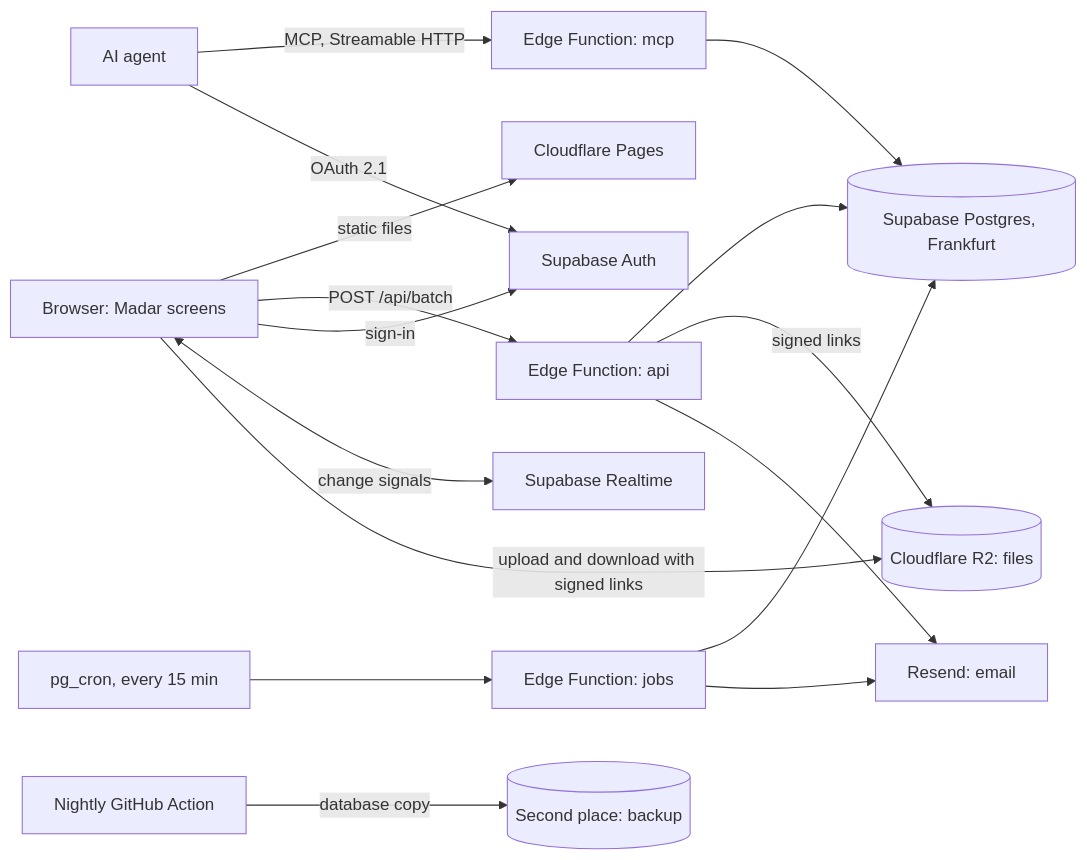
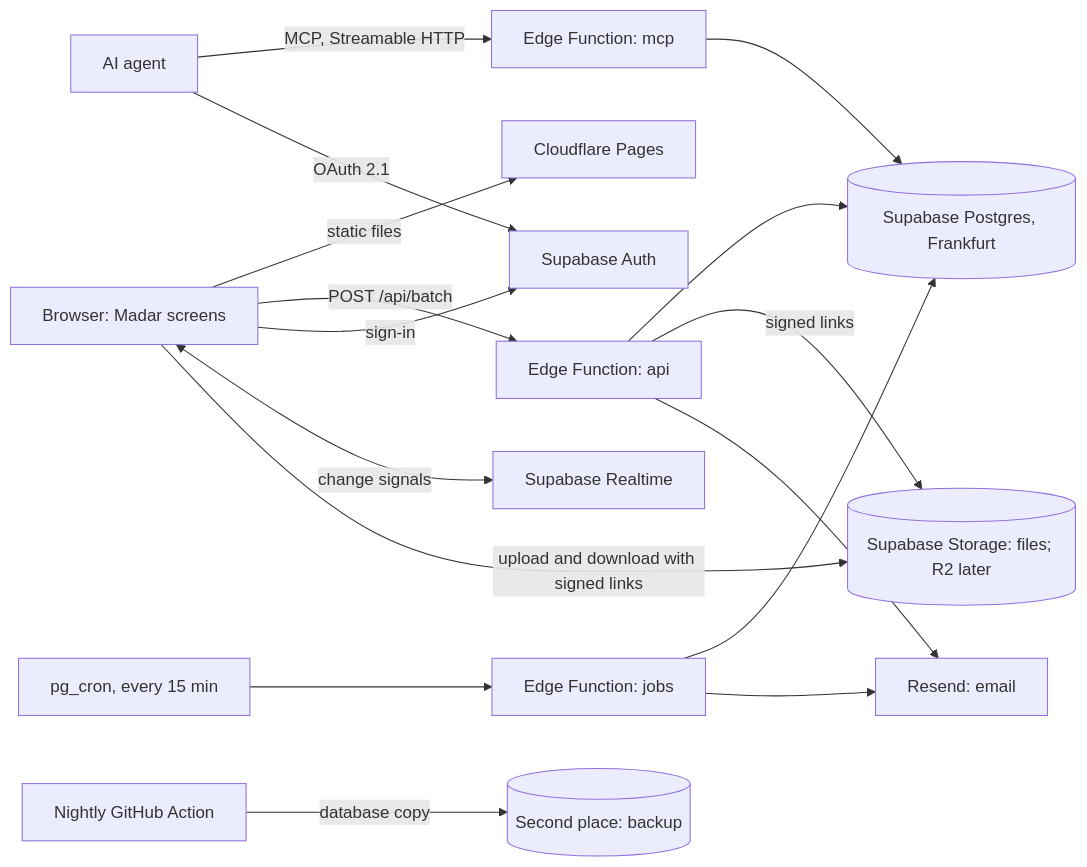
The diagram in docs/superpowers/specs/2026-10-03-madar-real-build-design.md (byosamah/madar), drawn with Mermaid before and after one commit. The commit also changed other lines of this file, not shown here.

First line of the commit message:
Spec 2: Supabase Storage first, Cloudflare Workers as the fallback host

````diff
--- a/docs/superpowers/specs/2026-10-03-madar-real-build-design.md
+++ b/docs/superpowers/specs/2026-10-03-madar-real-build-design.md
@@ -38,18 +38,18 @@
 ```mermaid
 flowchart LR
   B[Browser: Madar screens] -->|static files| CF[Cloudflare Pages]
   B -->|POST /api/batch| API[Edge Function: api]
   A[AI agent] -->|MCP, Streamable HTTP| MCP[Edge Function: mcp]
   API --> DB[(Supabase Postgres, Frankfurt)]
   MCP --> DB
   B -->|sign-in| AUTH[Supabase Auth]
   A -->|OAuth 2.1| AUTH
   B <-->|change signals| RT[Supabase Realtime]
-  API -->|signed links| R2[(Cloudflare R2: files)]
-  B -->|upload and download with signed links| R2
+  API -->|signed links| ST[(Supabase Storage: files; R2 later)]
+  B -->|upload and download with signed links| ST
   CRON[pg_cron, every 15 min] --> JOBS[Edge Function: jobs]
   JOBS --> DB
   API --> MAIL[Resend: email]
   JOBS --> MAIL
   GH[Nightly GitHub Action] -->|database copy| BK[(Second place: backup)]
 ```
````
